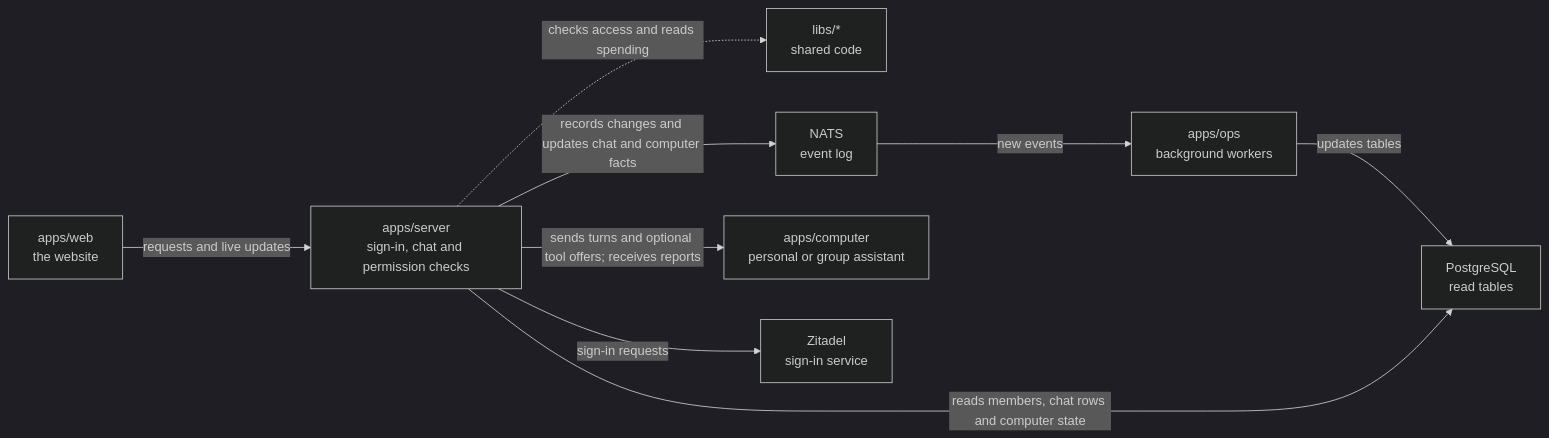
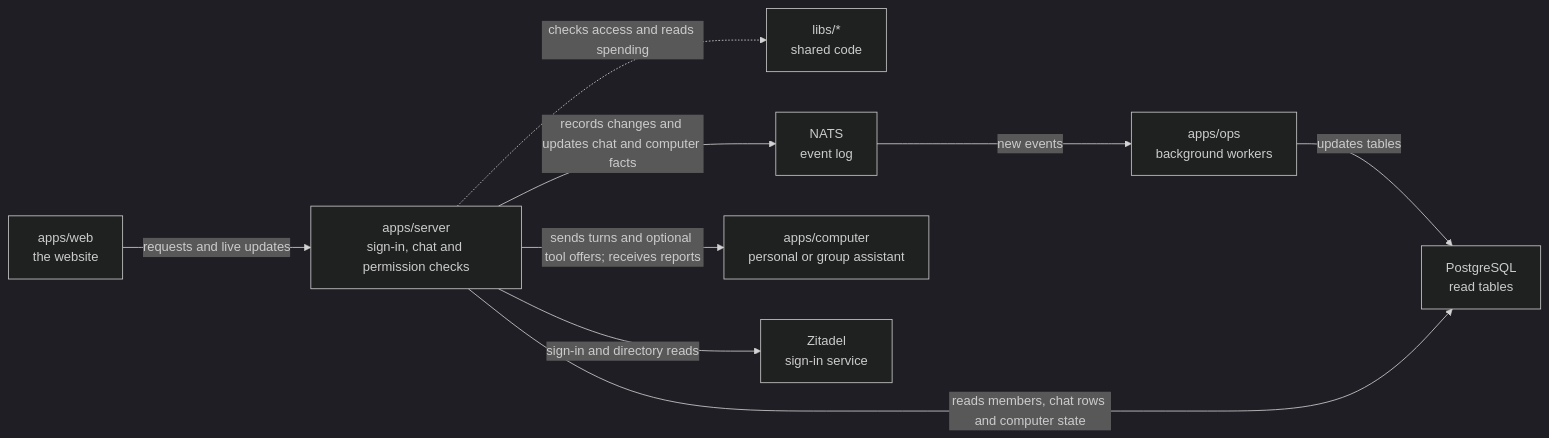
The diagram in apps/server/README.md (elewa-git/opencrane-new), drawn with Mermaid (dark theme) before and after one commit. The commit also changed other lines of this file and 20 other files, not shown here.

````diff
--- a/apps/server/README.md
+++ b/apps/server/README.md
@@ -11,11 +11,11 @@
 ```mermaid
 flowchart LR
   web["apps/web<br/>the website"] -->|requests and live updates| server["apps/server<br/>sign-in, chat and permission checks"]
   server -.->|checks access and reads spending| libs["libs/*<br/>shared code"]
   server -->|records changes and updates chat and computer facts| nats["NATS<br/>event log"]
   nats -->|new events| ops["apps/ops<br/>background workers"]
   ops -->|updates tables| postgres["PostgreSQL<br/>read tables"]
   server -->|reads members, chat rows and computer state| postgres
   server -->|sends turns and optional tool offers; receives reports| computer["apps/computer<br/>personal or group assistant"]
-  server -->|sign-in requests| zitadel["Zitadel<br/>sign-in service"]
+  server -->|sign-in and directory reads| zitadel["Zitadel<br/>sign-in service"]
 ```
````
